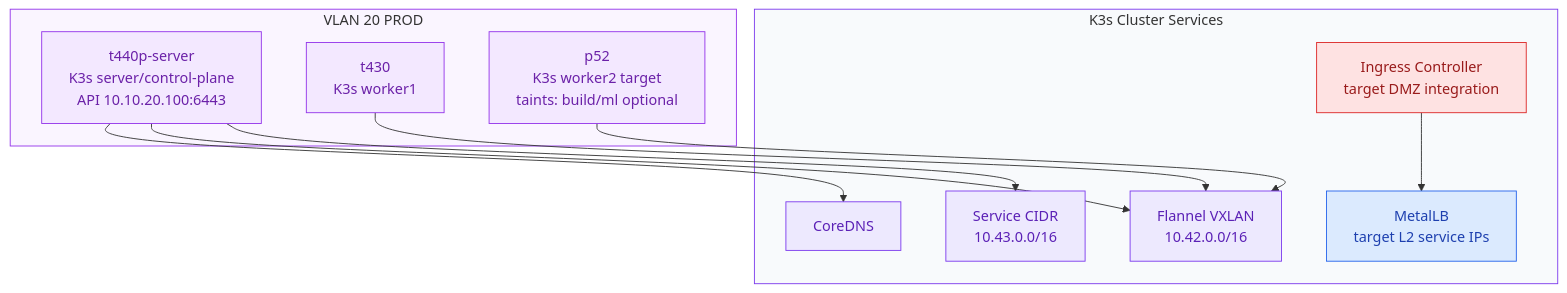
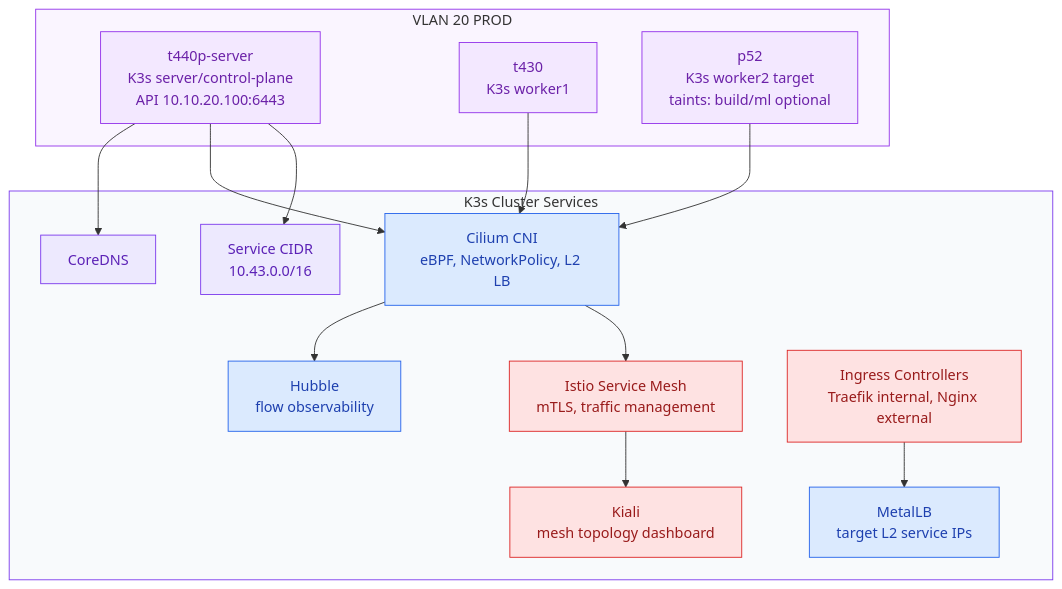
One commit to Vanguard94-RR/HomeLab changed the fourth of 8 diagrams in docs/HomeLab-Enterprise-Architecture.md. Above: the diagram before and after it, drawn with Mermaid. The commit also changed other lines of this file, not shown here.

Commit message:
docs: add service mesh architecture

````diff
--- a/docs/HomeLab-Enterprise-Architecture.md
+++ b/docs/HomeLab-Enterprise-Architecture.md
@@ -293,36 +300,44 @@
 ```mermaid
 flowchart TB
   subgraph vlan20["VLAN 20 PROD"]
     cp["t440p-server<br/>K3s server/control-plane<br/>API 10.10.20.100:6443"]
     w1["t430<br/>K3s worker1"]
     w2["p52<br/>K3s worker2 target<br/>taints: build/ml optional"]
   end
 
   subgraph cluster["K3s Cluster Services"]
     coredns["CoreDNS"]
-    flannel["Flannel VXLAN<br/>10.42.0.0/16"]
+    cilium["Cilium CNI<br/>eBPF, NetworkPolicy, L2 LB"]
+    hubble["Hubble<br/>flow observability"]
     svc["Service CIDR<br/>10.43.0.0/16"]
-    traefik["Ingress Controller<br/>target DMZ integration"]
+    istio["Istio Service Mesh<br/>mTLS, traffic management"]
+    kiali["Kiali<br/>mesh topology dashboard"]
+    ingressCtl["Ingress Controllers<br/>Traefik internal, Nginx external"]
     metallb["MetalLB<br/>target L2 service IPs"]
   end
 
   cp --> coredns
-  cp --> flannel
+  cp --> cilium
   cp --> svc
-  w1 --> flannel
-  w2 --> flannel
-  traefik --> metallb
+  w1 --> cilium
+  w2 --> cilium
+  cilium --> hubble
+  cilium --> istio
+  istio --> kiali
+  ingressCtl --> metallb
 
   classDef node fill:#f3e8ff,stroke:#9333ea,color:#6b21a8
   classDef k8s fill:#ede9fe,stroke:#7c3aed,color:#5b21b6
   classDef network fill:#dbeafe,stroke:#2563eb,color:#1e40af
   classDef security fill:#fee2e2,stroke:#dc2626,color:#991b1b
 
   class cp,w1,w2 node
-  class coredns,flannel,svc k8s
+  class coredns,svc k8s
+  class cilium,hubble network
+  class istio,kiali security
   class metallb network
-  class traefik security
+  class ingressCtl security
 
   style vlan20 fill:#faf5ff,stroke:#9333ea
   style cluster fill:#f8fafc,stroke:#7c3aed
 ```
````
